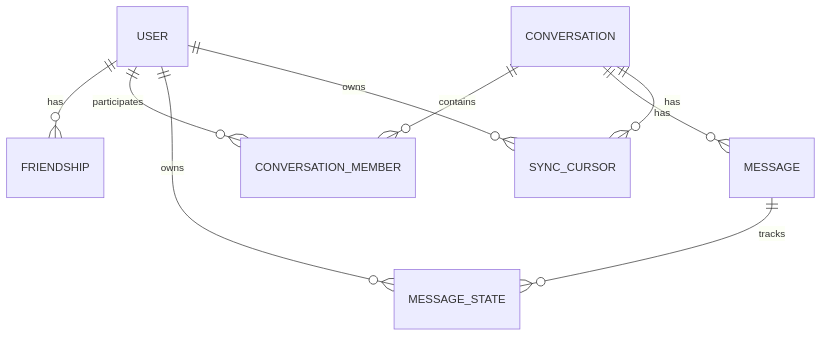
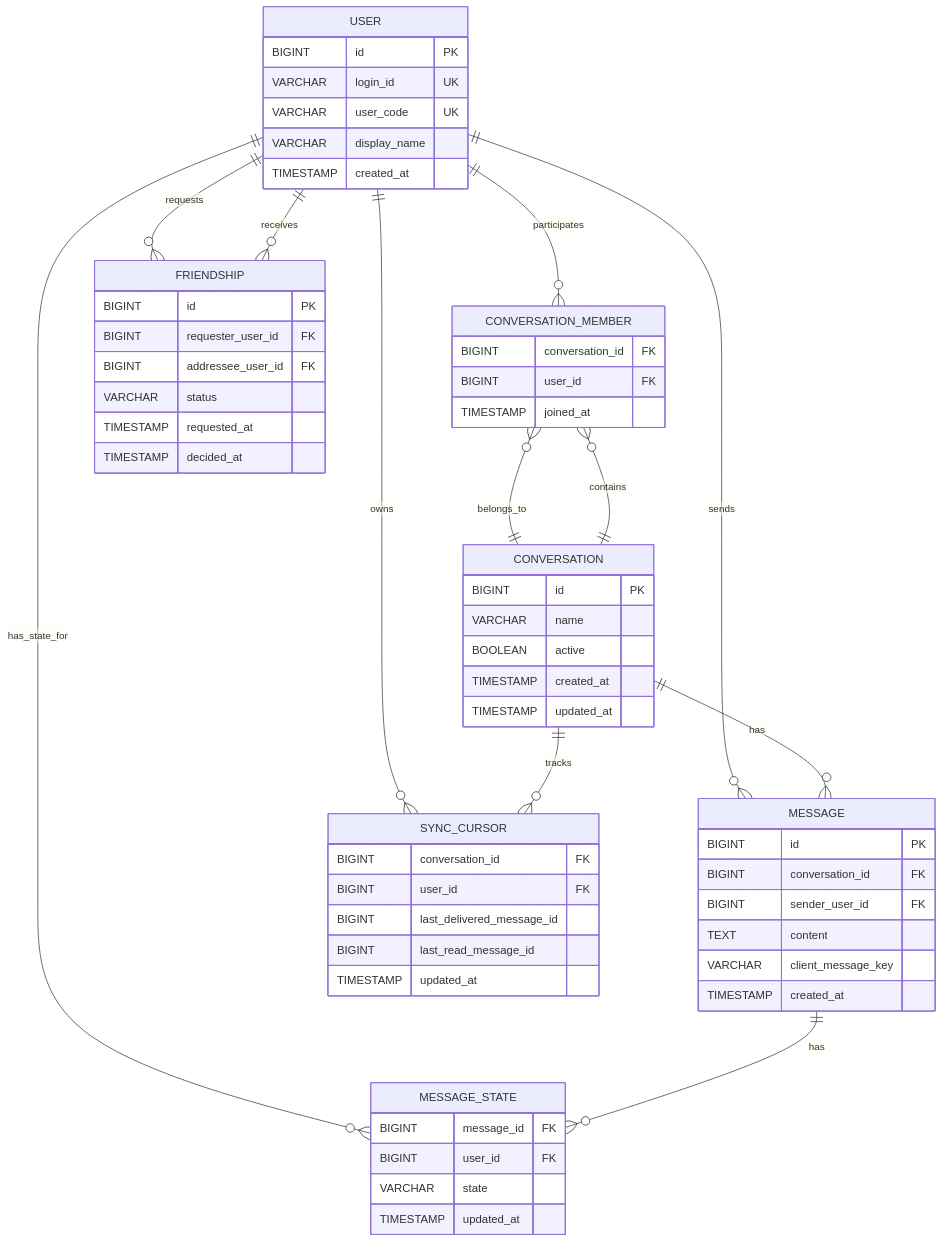
One commit to inhong000319-coder/Signal_Project changed the sixth of 6 diagrams in README.md. Above: the diagram before and after it, drawn with Mermaid. The commit also changed other lines of this file, not shown here.

First line of the commit message:
docs: Signal 다이어그램 정합성 수정

````diff
--- a/README.md
+++ b/README.md
@@ -302,12 +328,72 @@
 ```mermaid
 erDiagram
+    USER {
+        BIGINT id PK
+        VARCHAR login_id UK
+        VARCHAR user_code UK
+        VARCHAR display_name
+        TIMESTAMP created_at
+    }
 
-USER ||--o{ FRIENDSHIP : has
-USER ||--o{ CONVERSATION_MEMBER : participates
-CONVERSATION ||--o{ CONVERSATION_MEMBER : contains
-CONVERSATION ||--o{ MESSAGE : has
-MESSAGE ||--o{ MESSAGE_STATE : tracks
-USER ||--o{ MESSAGE_STATE : owns
-CONVERSATION ||--o{ SYNC_CURSOR : has
-USER ||--o{ SYNC_CURSOR : owns
+    CONVERSATION {
+        BIGINT id PK
+        VARCHAR name
+        BOOLEAN active
+        TIMESTAMP created_at
+        TIMESTAMP updated_at
+    }
+
+    CONVERSATION_MEMBER {
+        BIGINT conversation_id FK
+        BIGINT user_id FK
+        TIMESTAMP joined_at
+    }
+
+    MESSAGE {
+        BIGINT id PK
+        BIGINT conversation_id FK
+        BIGINT sender_user_id FK
+        TEXT content
+        VARCHAR client_message_key
+        TIMESTAMP created_at
+    }
+
+    MESSAGE_STATE {
+        BIGINT message_id FK
+        BIGINT user_id FK
+        VARCHAR state
+        TIMESTAMP updated_at
+    }
+
+    FRIENDSHIP {
+        BIGINT id PK
+        BIGINT requester_user_id FK
+        BIGINT addressee_user_id FK
+        VARCHAR status
+        TIMESTAMP requested_at
+        TIMESTAMP decided_at
+    }
+
+    SYNC_CURSOR {
+        BIGINT conversation_id FK
+        BIGINT user_id FK
+        BIGINT last_delivered_message_id
+        BIGINT last_read_message_id
+        TIMESTAMP updated_at
+    }
+
+    USER ||--o{ CONVERSATION_MEMBER : participates
+    USER ||--o{ MESSAGE : sends
+    USER ||--o{ MESSAGE_STATE : has_state_for
+    USER ||--o{ FRIENDSHIP : requests
+    USER ||--o{ FRIENDSHIP : receives
+    USER ||--o{ SYNC_CURSOR : owns
+
+    CONVERSATION ||--o{ CONVERSATION_MEMBER : contains
+    CONVERSATION ||--o{ MESSAGE : has
+    CONVERSATION ||--o{ SYNC_CURSOR : tracks
+
+    MESSAGE ||--o{ MESSAGE_STATE : has
+    CONVERSATION_MEMBER }o--|| CONVERSATION : belongs_to
+
 ```
````
